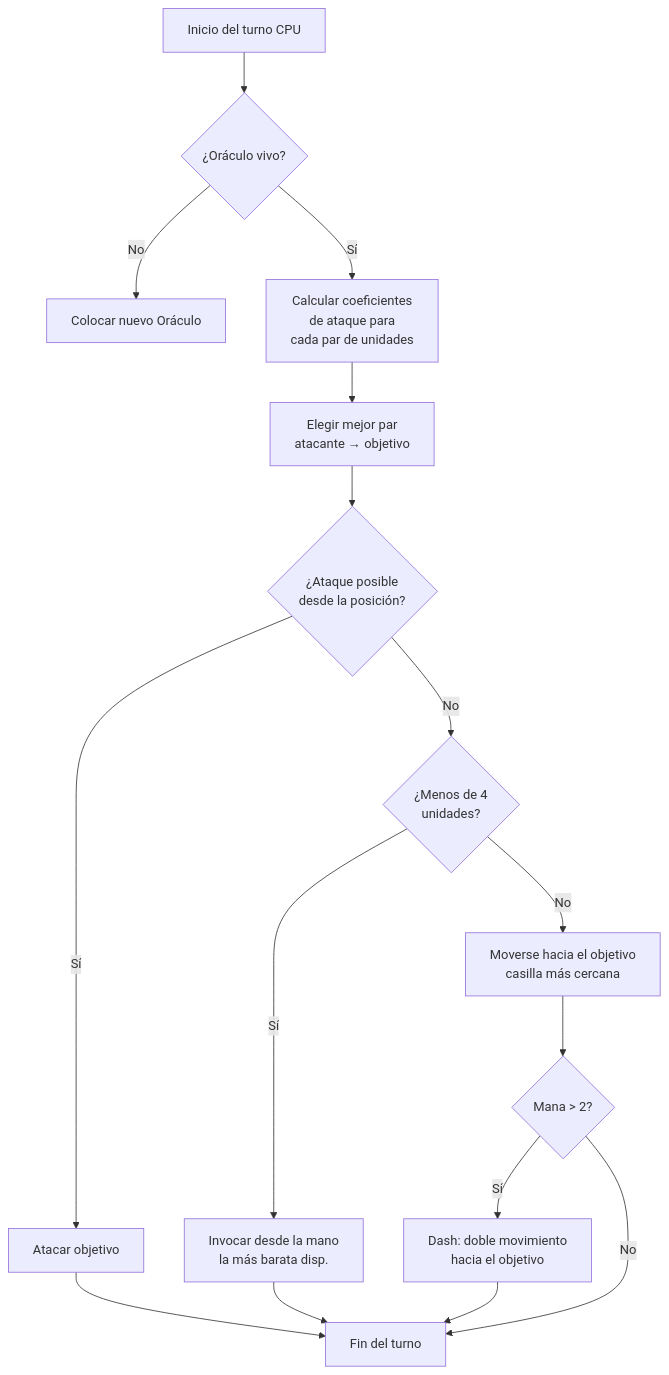
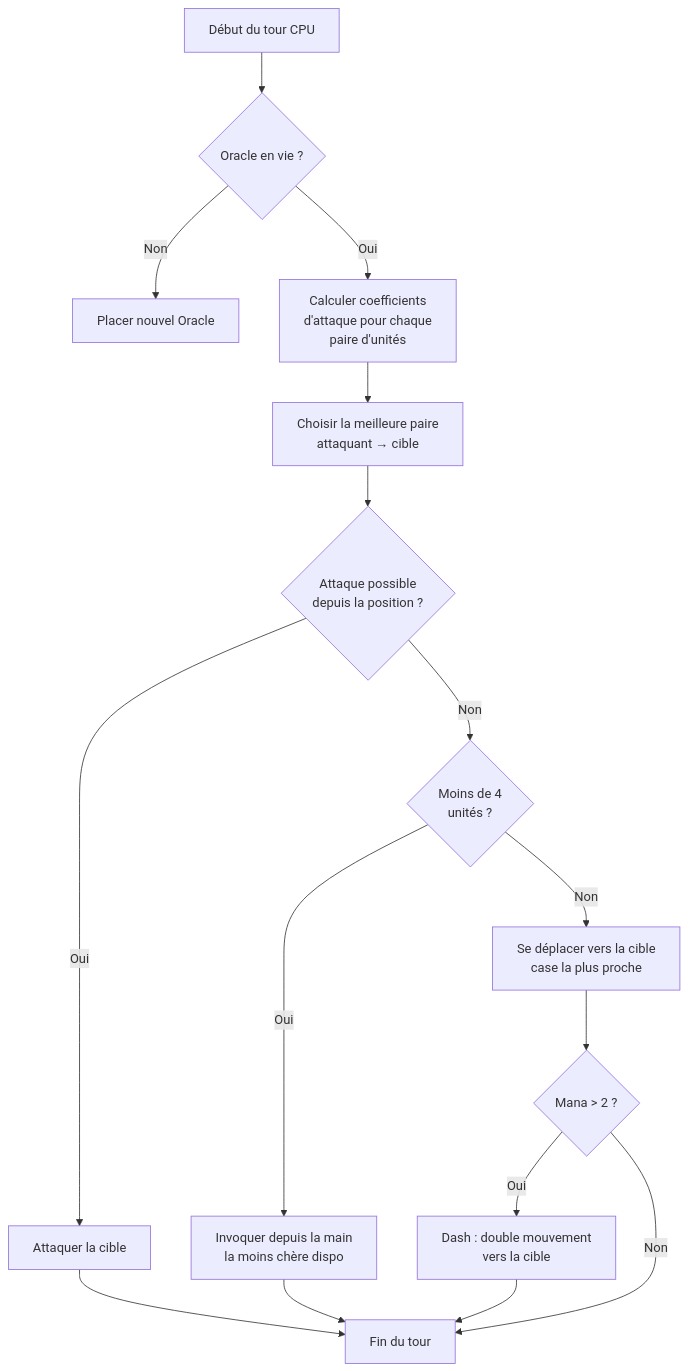
Before and after one commit to fox3000foxy/fox3000foxy.github.io: the diagram in public/articles/es/nausicaa-ai.md, drawn with Mermaid. The commit also changed other lines of this file and 576 other files, not shown here.

````diff
--- a/public/articles/es/nausicaa-ai.md
+++ b/public/articles/es/nausicaa-ai.md
@@ -141,18 +139,18 @@
 ```mermaid
 flowchart TD
-    A[Inicio del turno CPU] --> B{¿Oráculo vivo?}
-    B -->|No| C[Colocar nuevo Oráculo]
-    B -->|Sí| D[Calcular coeficientes\nde ataque para\ncada par de unidades]
-    D --> E[Elegir mejor par\natacante → objetivo]
-    E --> F{¿Ataque posible\ndesde la posición?}
-    F -->|Sí| G[Atacar objetivo]
-    F -->|No| H{¿Menos de 4\nunidades?}
-    H -->|Sí| I[Invocar desde la mano\nla más barata disp.]
-    H -->|No| J[Moverse hacia el objetivo\ncasilla más cercana]
-    J --> K{Mana > 2?}
-    K -->|Sí| L[Dash: doble movimiento\nhacia el objetivo]
-    K -->|No| M[Fin del turno]
+    A[Début du tour CPU] --> B{Oracle en vie ?}
+    B -->|Non| C[Placer nouvel Oracle]
+    B -->|Oui| D[Calculer coefficients\nd'attaque pour chaque\npaire d'unités]
+    D --> E[Choisir la meilleure paire\nattaquant → cible]
+    E --> F{Attaque possible\ndepuis la position ?}
+    F -->|Oui| G[Attaquer la cible]
+    F -->|Non| H{Moins de 4\nunités ?}
+    H -->|Oui| I[Invoquer depuis la main\nla moins chère dispo]
+    H -->|Non| J[Se déplacer vers la cible\ncase la plus proche]
+    J --> K{Mana > 2 ?}
+    K -->|Oui| L[Dash : double mouvement\nvers la cible]
+    K -->|Non| M[Fin du tour]
     G --> M
     I --> M
     L --> M
 ```
````
